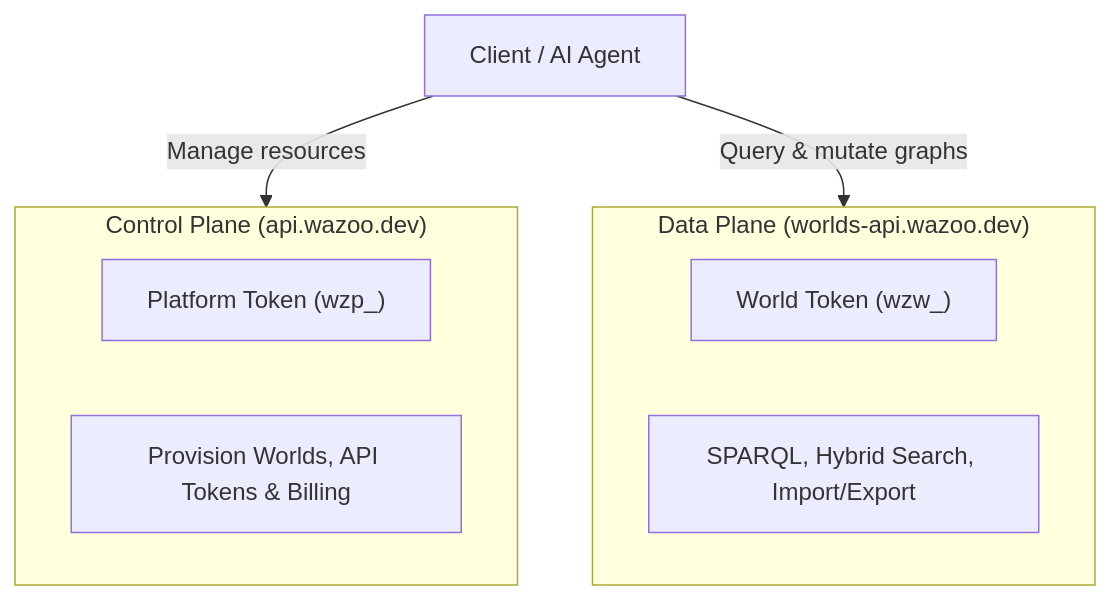
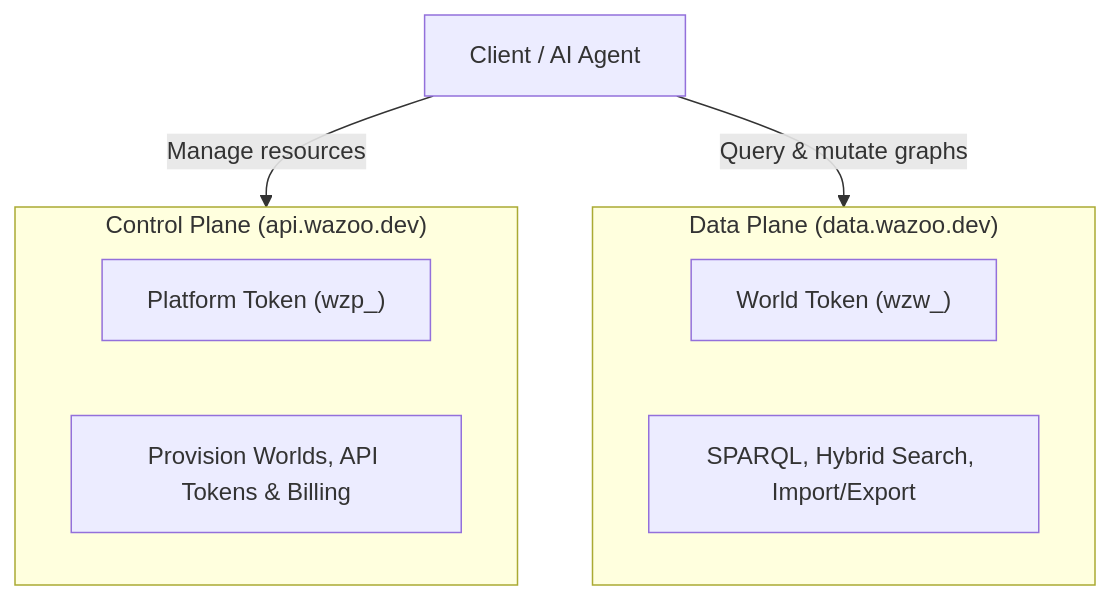
One commit to wazootech/docs.wazoo.dev changed the diagram in platform/api.mdx. Above: the diagram before and after it, drawn with Mermaid. The commit also changed other lines of this file and 11 other files, not shown here.

Commit message:
docs: point Worlds API references at data.wazoo.dev (#156)

````diff
--- a/platform/api.mdx
+++ b/platform/api.mdx
@@ -9,17 +9,17 @@
 ```mermaid
 graph TD
     Client["Client / AI Agent"]
 
     subgraph ControlPlane ["Control Plane (api.wazoo.dev)"]
         TokenWzp["Platform Token (wzp_)"]
         ResMgmt["Provision Worlds, API Tokens & Billing"]
     end
 
-    subgraph DataPlane ["Data Plane (worlds-api.wazoo.dev)"]
+    subgraph DataPlane ["Data Plane (data.wazoo.dev)"]
         TokenWzw["World Token (wzw_)"]
         GraphOps["SPARQL, Hybrid Search, Import/Export"]
     end
 
     Client -->|"Manage resources"| ControlPlane
     Client -->|"Query & mutate graphs"| DataPlane
 ```
````
